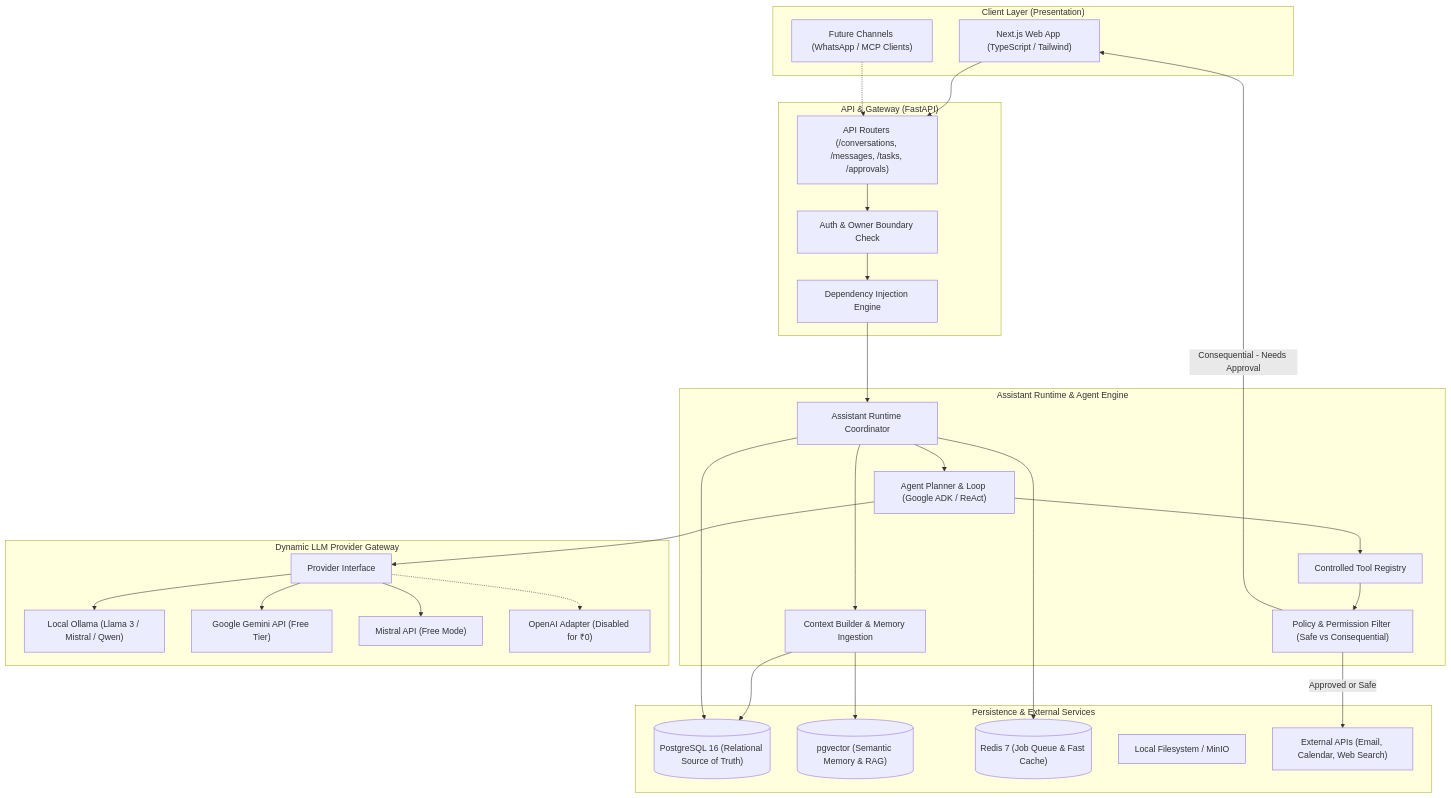
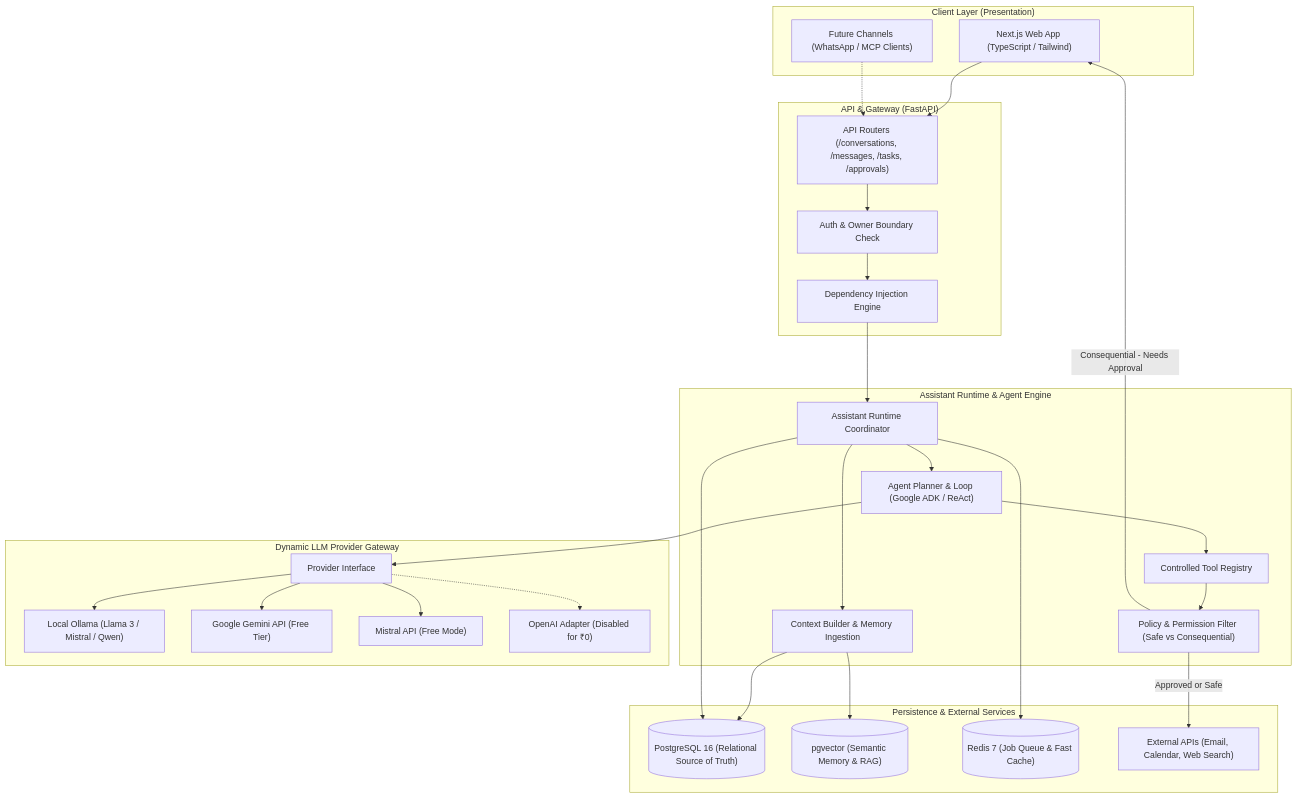
Before and after one commit to avinashmaurya19/personal_ai_agent: the first of 4 diagrams in PLANNING.md, drawn with Mermaid. The commit also changed other lines of this file and 1 other file, not shown here.

Commit message:
docs: establish phase-by-phase development roadmap in PLANNING.md and TASK.md

````diff
--- a/PLANNING.md
+++ b/PLANNING.md
@@ -29,56 +28,55 @@
 ```mermaid
 flowchart TD
     subgraph ClientLayer ["Client Layer (Presentation)"]
         WEB["Next.js Web App (TypeScript / Tailwind)"]
         FUTURE_CHANNELS["Future Channels (WhatsApp / MCP Clients)"]
     end
 
     subgraph APILayer ["API & Gateway (FastAPI)"]
         ROUTES["API Routers (/conversations, /messages, /tasks, /approvals)"]
         AUTH["Auth & Owner Boundary Check"]
         DEP["Dependency Injection Engine"]
     end
 
     subgraph CoreRuntime ["Assistant Runtime & Agent Engine"]
         RUNTIME["Assistant Runtime Coordinator"]
         CTX["Context Builder & Memory Ingestion"]
         PLANNER["Agent Planner & Loop (Google ADK / ReAct)"]
         REGISTRY["Controlled Tool Registry"]
         POLICY["Policy & Permission Filter (Safe vs Consequential)"]
     end
 
     subgraph ModelGateway ["Dynamic LLM Provider Gateway"]
         GATEWAY["Provider Interface"]
         OLLAMA["Local Ollama (Llama 3 / Mistral / Qwen)"]
         GEMINI["Google Gemini API (Free Tier)"]
         MISTRAL["Mistral API (Free Mode)"]
         OPENAI["OpenAI Adapter (Disabled for ₹0)"]
     end
 
     subgraph StorageLayer ["Persistence & External Services"]
         PG[("PostgreSQL 16 (Relational Source of Truth)")]
         PGV[("pgvector (Semantic Memory & RAG)")]
         REDIS[("Redis 7 (Job Queue & Fast Cache)")]
-        FS["Local Filesystem / MinIO"]
         TOOLS["External APIs (Email, Calendar, Web Search)"]
     end
 
     WEB --> ROUTES
     FUTURE_CHANNELS -.-> ROUTES
     ROUTES --> AUTH --> DEP --> RUNTIME
     RUNTIME --> CTX
     CTX --> PG
     CTX --> PGV
     RUNTIME --> PLANNER
     PLANNER --> GATEWAY
     GATEWAY --> OLLAMA
     GATEWAY --> GEMINI
     GATEWAY --> MISTRAL
     GATEWAY -.-> OPENAI
     PLANNER --> REGISTRY
     REGISTRY --> POLICY
     POLICY -->|Consequential - Needs Approval| WEB
     POLICY -->|Approved or Safe| TOOLS
     RUNTIME --> PG
     RUNTIME --> REDIS
 ```
````
